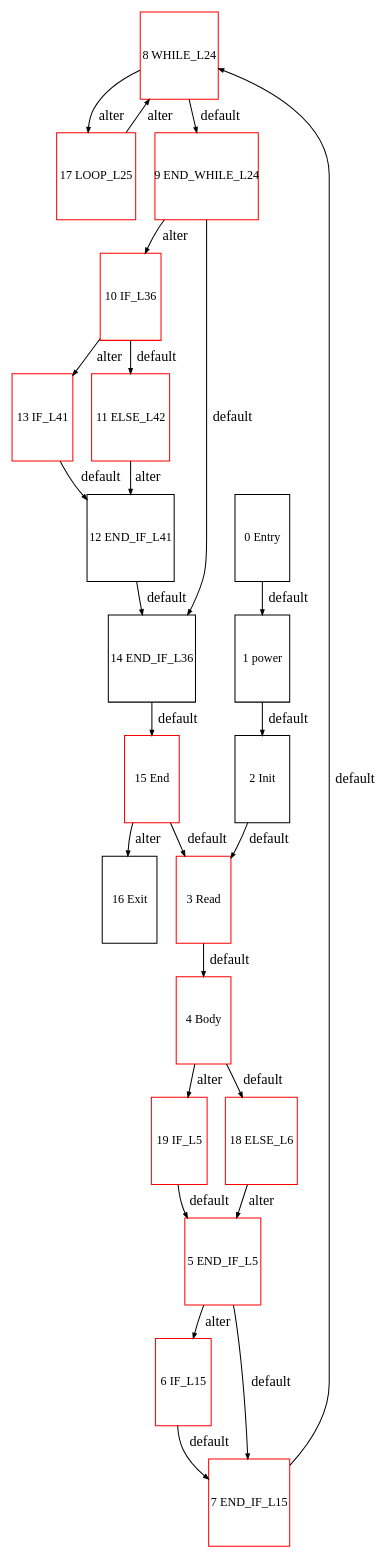
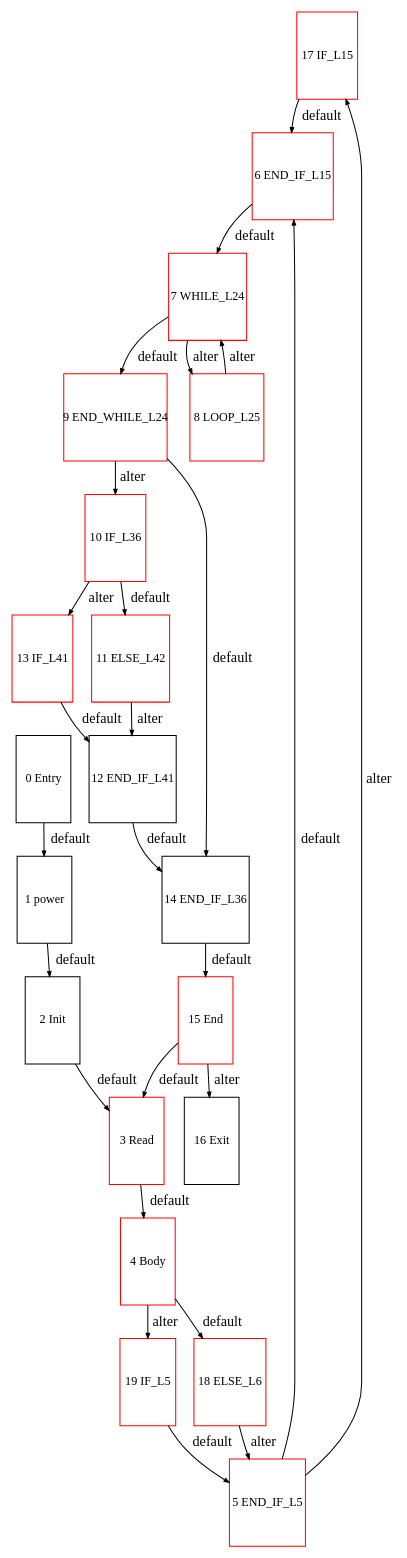
Before and after one commit to Geoffrey1014/ST_DSE: the diagram in Graph_debug.dot, drawn with Graphviz. The commit also changed 172 other files, not shown here.

```diff
--- a/Graph_debug.dot
+++ b/Graph_debug.dot
@@ -1,102 +1,102 @@
 digraph G {
   ranksep=.25;
   edge [arrowsize=.5]
   node [shape=rectangle, fontname="ArialNarrow",
         fontsize=12,  height=1.2];
-  "8 WHILE_L24
+  "17 IF_L15
 "[color=red]; "14 END_IF_L36
 "; "2 Init
 "; "1 power
 "; "11 ELSE_L42
 "[color=red]; "4 Body
 "[color=red]; "0 Entry
 "; "19 IF_L5
 "[color=red]; "13 IF_L41
 "[color=red]; "3 Read
 "[color=red]; "15 End
-"[color=red]; "17 LOOP_L25
+"[color=red]; "7 WHILE_L24
 "[color=red]; "5 END_IF_L5
 "[color=red]; "16 Exit
 "; "18 ELSE_L6
 "[color=red]; "12 END_IF_L41
-"; "7 END_IF_L15
-"[color=red]; "9 END_WHILE_L24
+"; "9 END_WHILE_L24
 "[color=red]; "10 IF_L36
-"[color=red]; "6 IF_L15
+"[color=red]; "6 END_IF_L15
+"[color=red]; "8 LOOP_L25
 "[color=red]; 
   "1 power
 " -> "2 Init
 "  [label="default"];
   "2 Init
 " -> "3 Read
 "  [label="default"];
   "4 Body
 " -> "18 ELSE_L6
 "  [label="default"];
   "4 Body
 " -> "19 IF_L5
 "  [label="alter"];
   "18 ELSE_L6
 " -> "5 END_IF_L5
 "  [label="alter"];
   "19 IF_L5
 " -> "5 END_IF_L5
 "  [label="default"];
   "5 END_IF_L5
-" -> "7 END_IF_L15
+" -> "6 END_IF_L15
 "  [label="default"];
   "5 END_IF_L5
-" -> "6 IF_L15
+" -> "17 IF_L15
 "  [label="alter"];
-  "6 IF_L15
-" -> "7 END_IF_L15
+  "17 IF_L15
+" -> "6 END_IF_L15
 "  [label="default"];
-  "7 END_IF_L15
-" -> "8 WHILE_L24
+  "6 END_IF_L15
+" -> "7 WHILE_L24
 "  [label="default"];
-  "8 WHILE_L24
+  "7 WHILE_L24
 " -> "9 END_WHILE_L24
 "  [label="default"];
-  "8 WHILE_L24
-" -> "17 LOOP_L25
+  "7 WHILE_L24
+" -> "8 LOOP_L25
 "  [label="alter"];
-  "17 LOOP_L25
-" -> "8 WHILE_L24
+  "8 LOOP_L25
+" -> "7 WHILE_L24
 "  [label="alter"];
   "9 END_WHILE_L24
 " -> "14 END_IF_L36
 "  [label="default"];
   "9 END_WHILE_L24
 " -> "10 IF_L36
 "  [label="alter"];
   "10 IF_L36
 " -> "11 ELSE_L42
 "  [label="default"];
   "10 IF_L36
 " -> "13 IF_L41
 "  [label="alter"];
   "11 ELSE_L42
 " -> "12 END_IF_L41
 "  [label="alter"];
   "13 IF_L41
 " -> "12 END_IF_L41
 "  [label="default"];
   "12 END_IF_L41
 " -> "14 END_IF_L36
 "  [label="default"];
   "14 END_IF_L36
 " -> "15 End
 "  [label="default"];
   "0 Entry
 " -> "1 power
 "  [label="default"];
   "15 End
 " -> "3 Read
 "  [label="default"];
   "15 End
 " -> "16 Exit
 "  [label="alter"];
   "3 Read
 " -> "4 Body
 "  [label="default"];
 }
```
